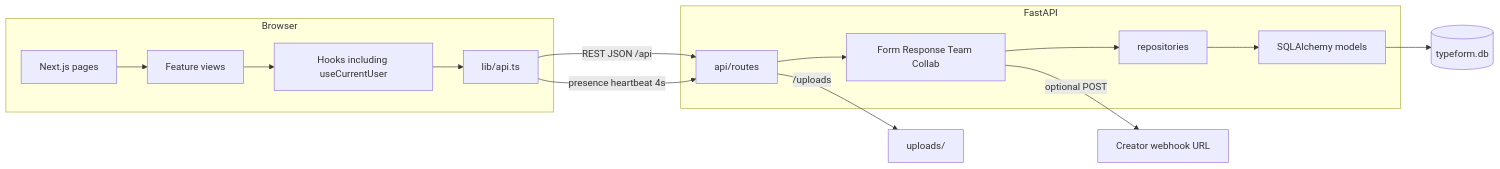
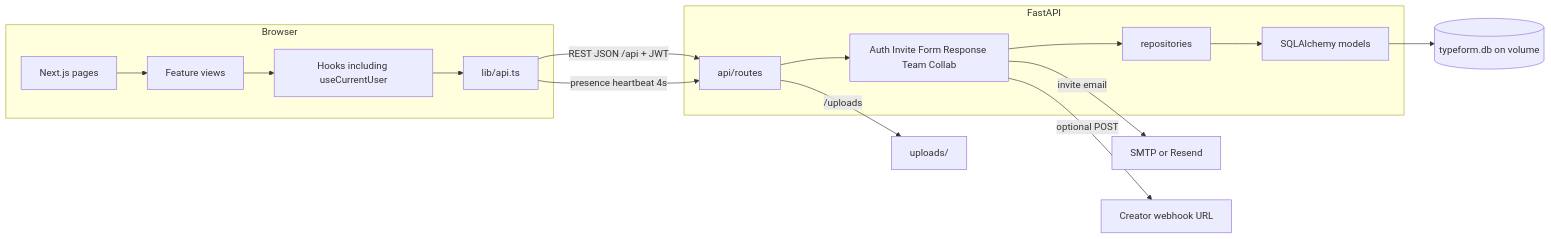
The first of 2 diagrams in docs/diagrams/component.md (ruthwikkakumani/formly), drawn with Mermaid before and after one commit. The commit also changed other lines of this file and 7 other files, not shown here.

Commit message:
docs: sync README, LLD, and UML with auth, invites, and Railway SQLite

````diff
--- a/docs/diagrams/component.md
+++ b/docs/diagrams/component.md
@@ -5,24 +5,25 @@
 ```mermaid
 flowchart LR
   subgraph Browser
     Pages[Next.js pages]
     Views[Feature views]
     Hooks[Hooks including useCurrentUser]
     Client[lib/api.ts]
     Pages --> Views --> Hooks --> Client
   end
 
   subgraph FastAPI
     Routes[api/routes]
-    Services[Form Response Team Collab]
+    Services[Auth Invite Form Response Team Collab]
     Repos[repositories]
     Models[SQLAlchemy models]
     Routes --> Services --> Repos --> Models
   end
 
-  Client -->|REST JSON /api| Routes
+  Client -->|REST JSON /api + JWT| Routes
   Client -->|presence heartbeat 4s| Routes
-  Models --> SQLite[(typeform.db)]
+  Models --> SQLite[(typeform.db on volume)]
+  Services -->|invite email| SMTP[SMTP or Resend]
   Services -->|optional POST| Webhook[Creator webhook URL]
   Routes -->|/uploads| Disk[uploads/]
 ```
````
